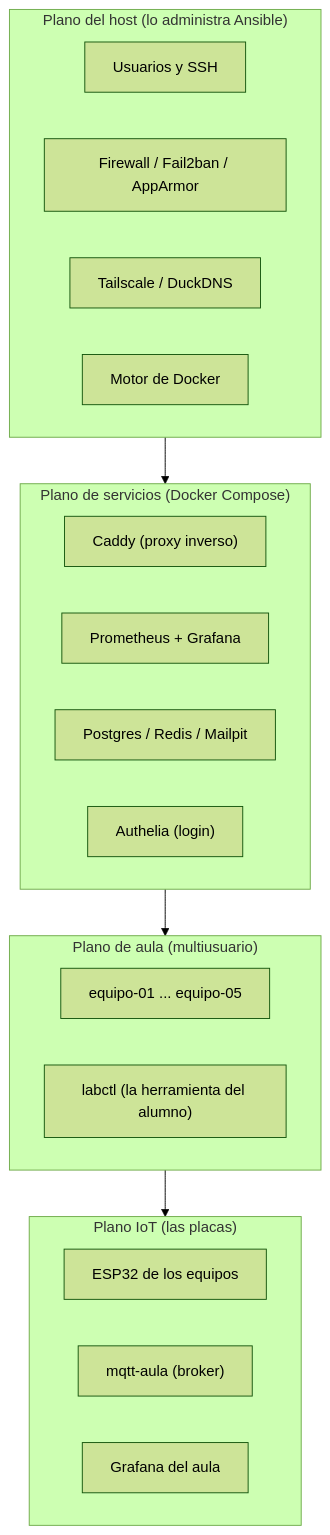
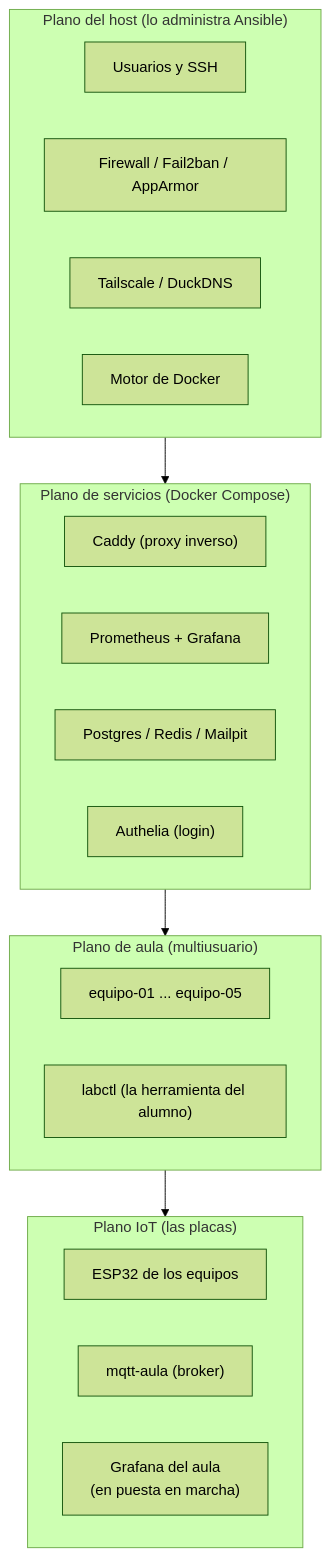
Before and after one commit to resourceldg/homelab: the first of 3 diagrams in docs/handbook/01-vision-general.md, drawn with Mermaid (forest theme). The commit also changed 18 other files, not shown here.

````diff
--- a/docs/handbook/01-vision-general.md
+++ b/docs/handbook/01-vision-general.md
@@ -34,27 +34,27 @@
 ```mermaid
 flowchart TB
   subgraph HOST["Plano del host (lo administra Ansible)"]
     h1["Usuarios y SSH"]
     h2["Firewall / Fail2ban / AppArmor"]
     h3["Tailscale / DuckDNS"]
     h4["Motor de Docker"]
   end
   subgraph SVC["Plano de servicios (Docker Compose)"]
     s1["Caddy (proxy inverso)"]
     s2["Prometheus + Grafana"]
     s3["Postgres / Redis / Mailpit"]
     s4["Authelia (login)"]
   end
   subgraph CLASS["Plano de aula (multiusuario)"]
     c1["equipo-01 ... equipo-05"]
     c2["labctl (la herramienta del alumno)"]
   end
   subgraph IOT["Plano IoT (las placas)"]
     i1["ESP32 de los equipos"]
     i2["mqtt-aula (broker)"]
-    i3["Grafana del aula"]
+    i3["Grafana del aula<br/>(en puesta en marcha)"]
   end
   HOST --> SVC
   SVC --> CLASS
   CLASS --> IOT
 ```
````
